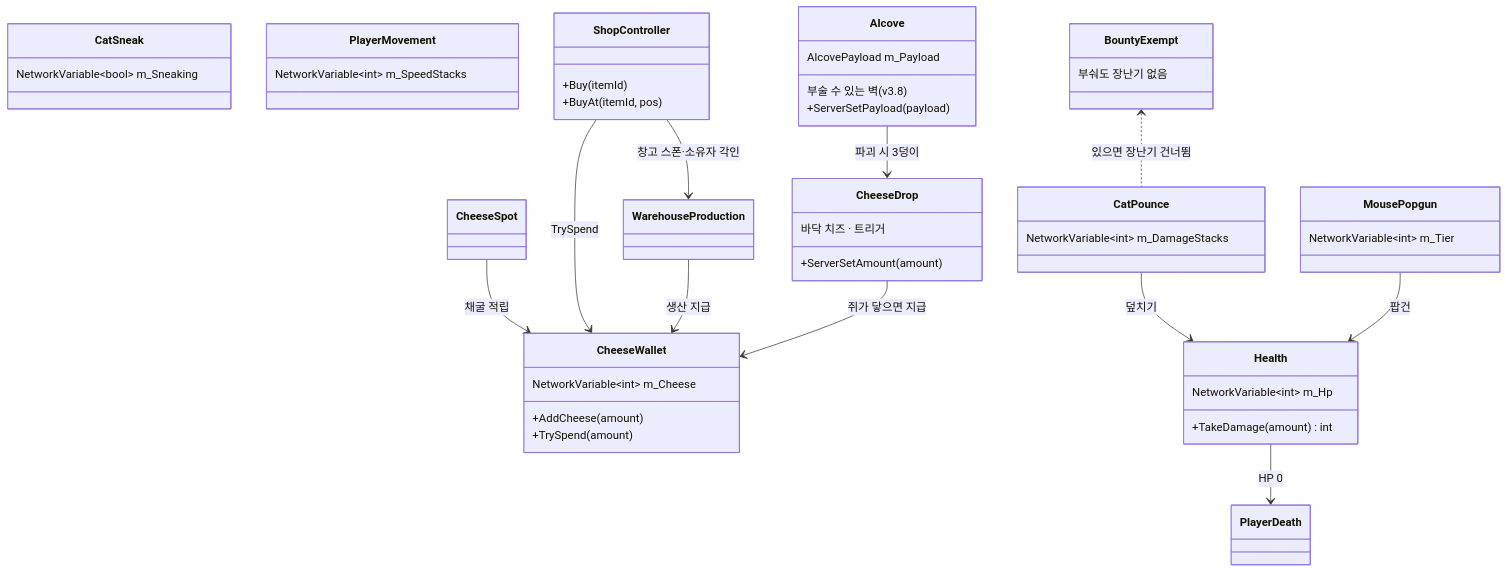
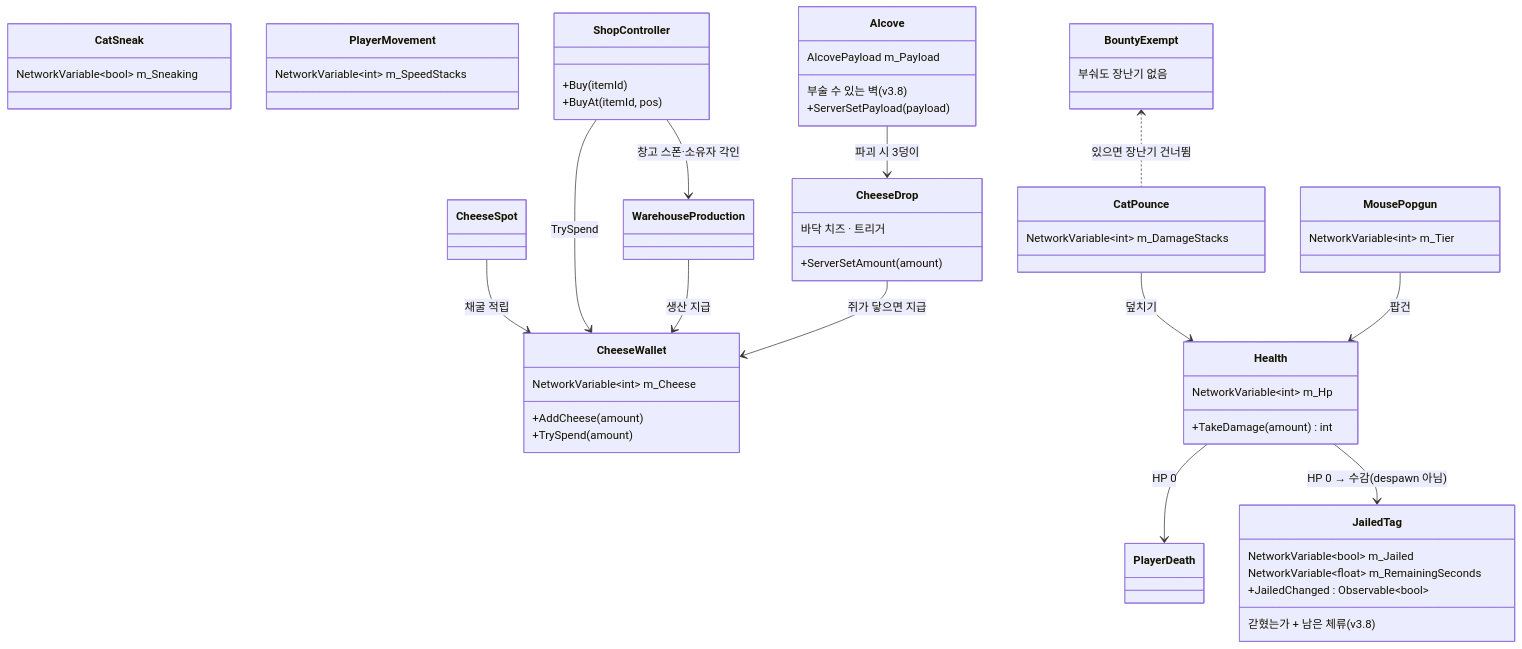
Before and after one commit to JeahanPark/The-Cheese-Thief-and-the-Cat: the sixth of 13 diagrams in CTC/docs/design-vault/코드 다이어그램.md, drawn with Mermaid. The commit also changed other lines of this file, not shown here.

First line of the commit message:
docs: 감옥 반영 — 코드 다이어그램 + 핸드오프 현행화

````diff
--- a/CTC/docs/design-vault/코드 다이어그램.md
+++ b/CTC/docs/design-vault/코드 다이어그램.md
@@ -140,53 +147,60 @@
 ```mermaid
 classDiagram
     direction TB
 
     class CheeseWallet {
         NetworkVariable~int~ m_Cheese
         +AddCheese(amount)
         +TrySpend(amount)
     }
     class Health {
         NetworkVariable~int~ m_Hp
         +TakeDamage(amount) int
     }
     class CatPounce {
         NetworkVariable~int~ m_DamageStacks
     }
     class MousePopgun {
         NetworkVariable~int~ m_Tier
     }
     class CatSneak {
         NetworkVariable~bool~ m_Sneaking
     }
     class PlayerMovement {
         NetworkVariable~int~ m_SpeedStacks
     }
     class ShopController {
         +Buy(itemId)
         +BuyAt(itemId, pos)
     }
     class Alcove {
         부술 수 있는 벽 (v3.8)
         AlcovePayload m_Payload
         +ServerSetPayload(payload)
     }
     class CheeseDrop {
         바닥 치즈 · 트리거
         +ServerSetAmount(amount)
     }
     class BountyExempt {
         부숴도 장난기 없음
     }
+    class JailedTag {
+        갇혔는가 + 남은 체류 (v3.8)
+        NetworkVariable~bool~ m_Jailed
+        NetworkVariable~float~ m_RemainingSeconds
+        +JailedChanged : Observable~bool~
+    }
 
     CheeseSpot --> CheeseWallet : 채굴 적립
     ShopController --> CheeseWallet : TrySpend
     ShopController --> WarehouseProduction : 창고 스폰·소유자 각인
     WarehouseProduction --> CheeseWallet : 생산 지급
     CatPounce --> Health : 덮치기
     MousePopgun --> Health : 팝건
     Health --> PlayerDeath : HP 0
     Alcove --> CheeseDrop : 파괴 시 3덩이
     CheeseDrop --> CheeseWallet : 쥐가 닿으면 지급
     BountyExempt <.. CatPounce : 있으면 장난기 건너뜀
+    Health --> JailedTag : HP 0 → 수감(despawn 아님)
 ```
````
